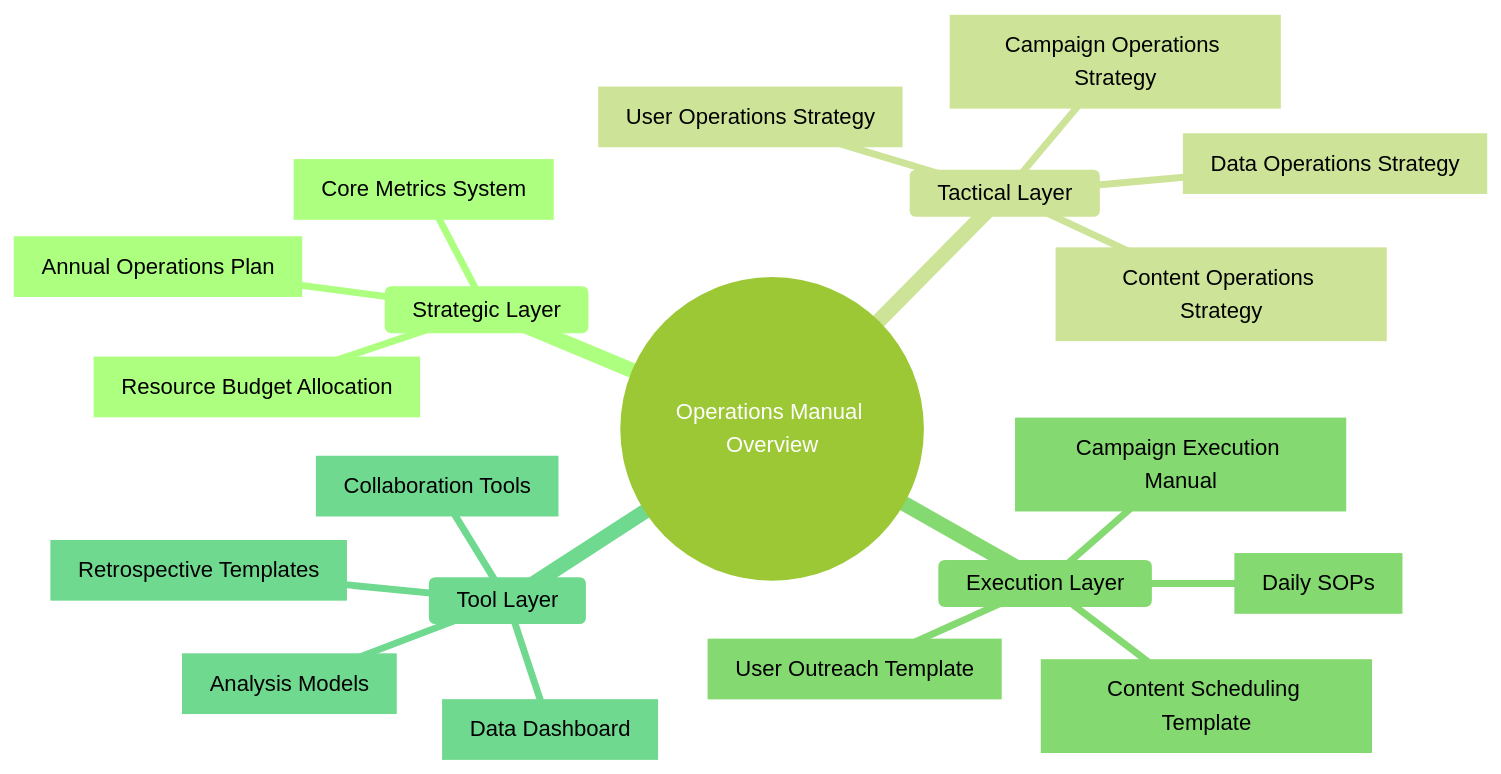
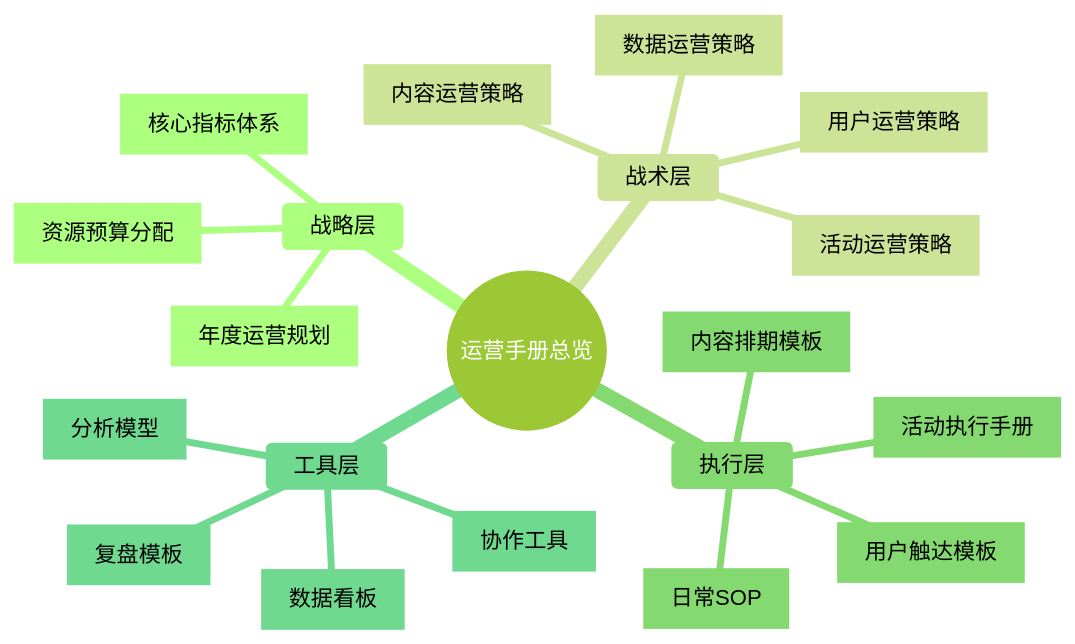
Before and after one commit to Kirky-X/cangjie: the first of 9 diagrams in templates/Product/Operations/Template-Operations-Manual.md, drawn with Mermaid (forest theme). The commit also changed other lines of this file and 33 other files, not shown here.

````diff
--- a/templates/Product/Operations/Template-Operations-Manual.md
+++ b/templates/Product/Operations/Template-Operations-Manual.md
@@ -59,23 +59,23 @@
 ```mermaid
 mindmap
-  root((Operations Manual Overview))
-    Strategic Layer
-      [Annual Operations Plan]
-      [Core Metrics System]
-      [Resource Budget Allocation]
-    Tactical Layer
-      [User Operations Strategy]
-      [Content Operations Strategy]
-      [Campaign Operations Strategy]
-      [Data Operations Strategy]
-    Execution Layer
-      [Daily SOPs]
-      [Campaign Execution Manual]
-      [Content Scheduling Template]
-      [User Outreach Template]
-    Tool Layer
-      [Data Dashboard]
-      [Analysis Models]
-      [Retrospective Templates]
-      [Collaboration Tools]
+  root((运营手册总览))
+    战略层
+      [年度运营规划]
+      [核心指标体系]
+      [资源预算分配]
+    战术层
+      [用户运营策略]
+      [内容运营策略]
+      [活动运营策略]
+      [数据运营策略]
+    执行层
+      [日常SOP]
+      [活动执行手册]
+      [内容排期模板]
+      [用户触达模板]
+    工具层
+      [数据看板]
+      [分析模型]
+      [复盘模板]
+      [协作工具]
 ```
````
